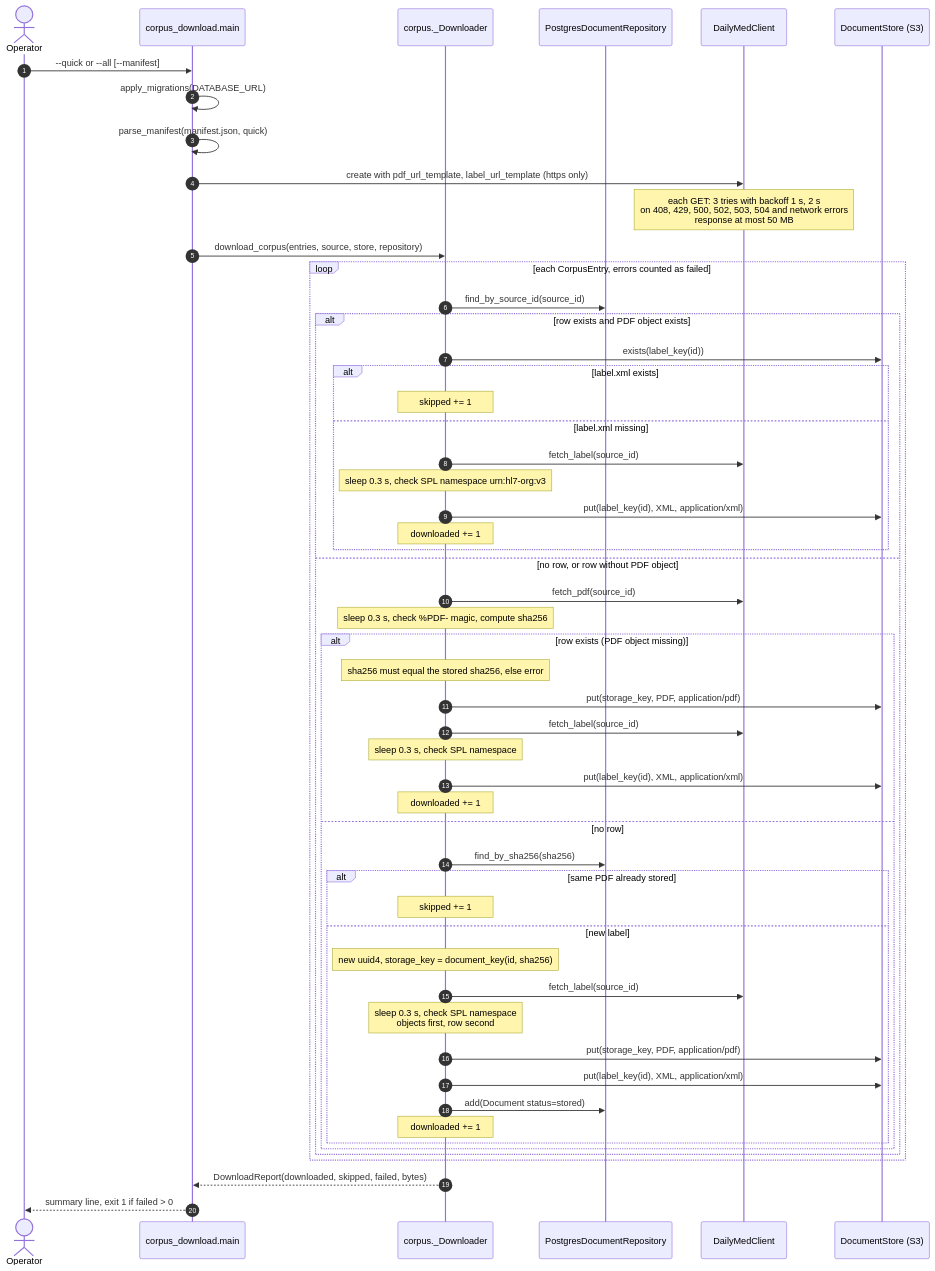
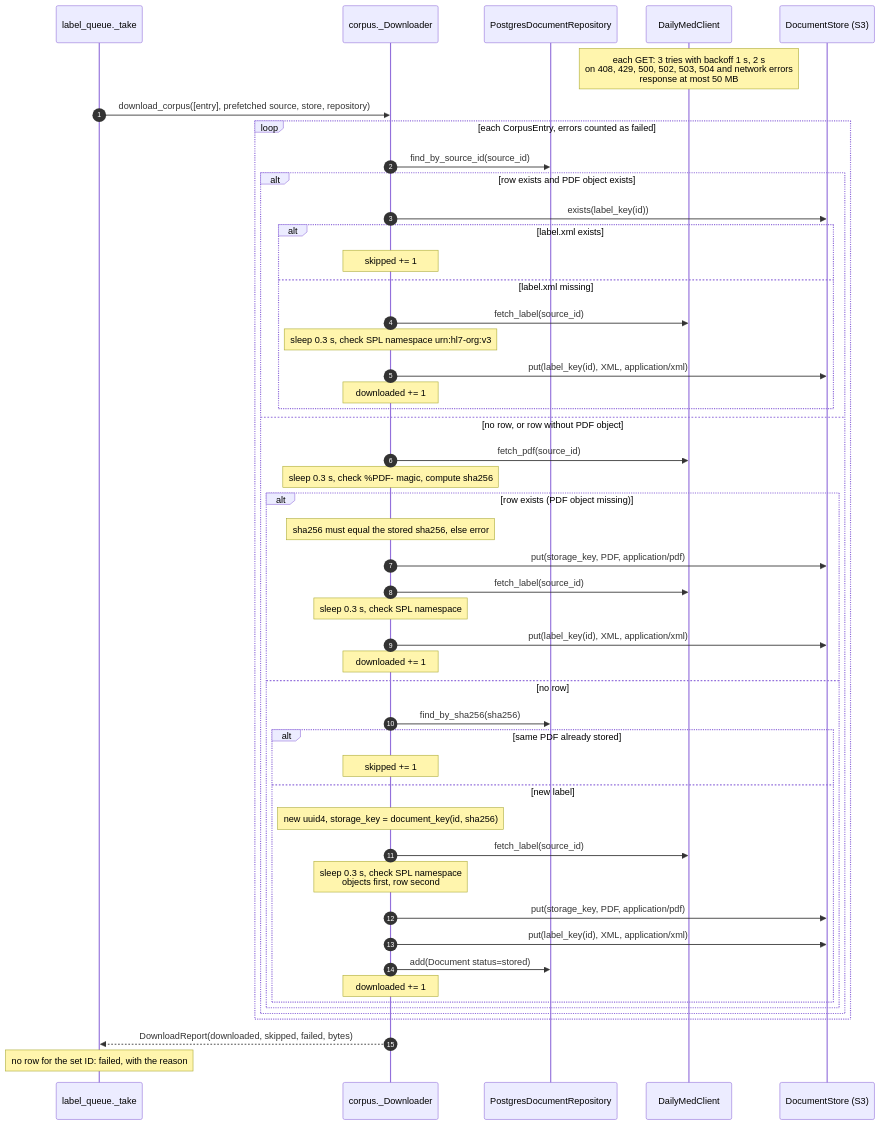
Before and after one commit to G-MAKROGLOU/docuchat: the second of 2 diagrams in docs/diagrams/corpus-download.md, drawn with Mermaid. The commit also changed other lines of this file and 17 other files, not shown here.

First line of the commit message:
refactor(backend): fill the library through the label queue and remove the CLIs

````diff
--- a/docs/diagrams/corpus-download.md
+++ b/docs/diagrams/corpus-download.md
@@ -7,59 +39,54 @@
 ```mermaid
 sequenceDiagram
     autonumber
-    actor Op as Operator
-    participant CLI as corpus_download.main
+    participant Q as label_queue._take
     participant DL as corpus._Downloader
     participant Repo as PostgresDocumentRepository
     participant Src as DailyMedClient
     participant Store as DocumentStore (S3)
 
-    Op->>CLI: --quick or --all [--manifest]
-    CLI->>CLI: apply_migrations(DATABASE_URL)
-    CLI->>CLI: parse_manifest(manifest.json, quick)
-    CLI->>Src: create with pdf_url_template, label_url_template (https only)
     Note over Src: each GET: 3 tries with backoff 1 s, 2 s<br/>on 408, 429, 500, 502, 503, 504 and network errors<br/>response at most 50 MB
-    CLI->>DL: download_corpus(entries, source, store, repository)
+    Q->>DL: download_corpus([entry], prefetched source, store, repository)
 
     loop each CorpusEntry, errors counted as failed
         DL->>Repo: find_by_source_id(source_id)
         alt row exists and PDF object exists
             DL->>Store: exists(label_key(id))
             alt label.xml exists
                 Note over DL: skipped += 1
             else label.xml missing
                 DL->>Src: fetch_label(source_id)
                 Note over DL: sleep 0.3 s, check SPL namespace urn:hl7-org:v3
                 DL->>Store: put(label_key(id), XML, application/xml)
                 Note over DL: downloaded += 1
             end
         else no row, or row without PDF object
             DL->>Src: fetch_pdf(source_id)
             Note over DL: sleep 0.3 s, check %PDF- magic, compute sha256
             alt row exists (PDF object missing)
                 Note over DL: sha256 must equal the stored sha256, else error
                 DL->>Store: put(storage_key, PDF, application/pdf)
                 DL->>Src: fetch_label(source_id)
                 Note over DL: sleep 0.3 s, check SPL namespace
                 DL->>Store: put(label_key(id), XML, application/xml)
                 Note over DL: downloaded += 1
             else no row
                 DL->>Repo: find_by_sha256(sha256)
                 alt same PDF already stored
                     Note over DL: skipped += 1
                 else new label
                     Note over DL: new uuid4, storage_key = document_key(id, sha256)
                     DL->>Src: fetch_label(source_id)
                     Note over DL: sleep 0.3 s, check SPL namespace<br/>objects first, row second
                     DL->>Store: put(storage_key, PDF, application/pdf)
                     DL->>Store: put(label_key(id), XML, application/xml)
                     DL->>Repo: add(Document status=stored)
                     Note over DL: downloaded += 1
                 end
             end
         end
     end
 
-    DL-->>CLI: DownloadReport(downloaded, skipped, failed, bytes)
-    CLI-->>Op: summary line, exit 1 if failed > 0
+    DL-->>Q: DownloadReport(downloaded, skipped, failed, bytes)
+    Note over Q: no row for the set ID: failed, with the reason
 ```
````
